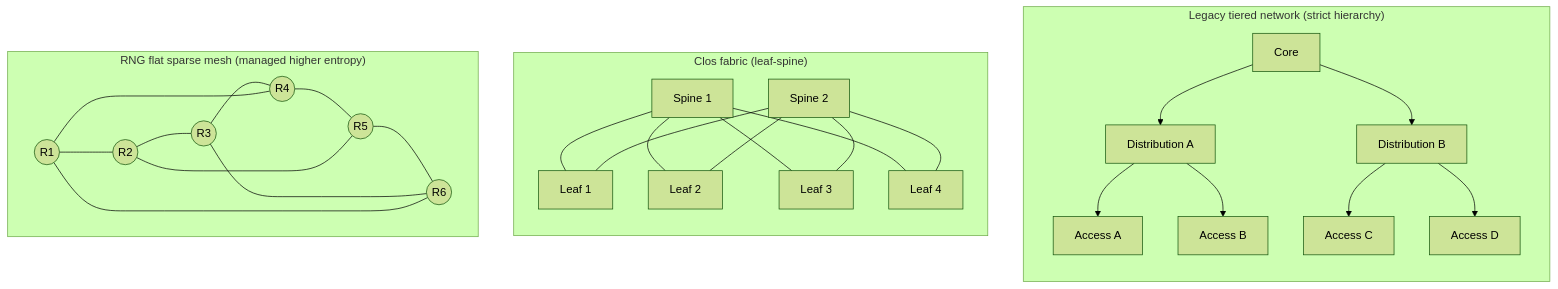
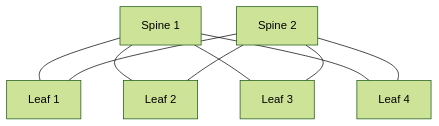
The second of 3 diagrams in blog/aws-random-graph-fabrics.md (simonpainter/www.simonpainter.com), drawn with Mermaid (forest theme) before and after one commit. The commit also changed other lines of this file, not shown here.

Commit message:
Split topology visuals into three diagrams

````diff
--- a/blog/aws-random-graph-fabrics.md
+++ b/blog/aws-random-graph-fabrics.md
@@ -66,50 +87,17 @@
 ```mermaid
 flowchart TB
-    subgraph L["Legacy tiered network (strict hierarchy)"]
-        direction TB
-        L1[Core]
-        L2a[Distribution A]
-        L2b[Distribution B]
-        L3a[Access A]
-        L3b[Access B]
-        L3c[Access C]
-        L3d[Access D]
-        L1 --> L2a
-        L1 --> L2b
-        L2a --> L3a
-        L2a --> L3b
-        L2b --> L3c
-        L2b --> L3d
-    end
-
-    subgraph C["Clos fabric (leaf-spine)"]
-        direction TB
-        C1a[Spine 1]
-        C1b[Spine 2]
-        C2a[Leaf 1]
-        C2b[Leaf 2]
-        C2c[Leaf 3]
-        C2d[Leaf 4]
-        C1a --- C2a
-        C1a --- C2b
-        C1a --- C2c
-        C1a --- C2d
-        C1b --- C2a
-        C1b --- C2b
-        C1b --- C2c
-        C1b --- C2d
-    end
-
-    subgraph R["RNG flat sparse mesh (managed higher entropy)"]
-        direction LR
-        R1((R1)) --- R2((R2))
-        R2 --- R3((R3))
-        R3 --- R4((R4))
-        R4 --- R5((R5))
-        R5 --- R6((R6))
-        R6 --- R1
-        R1 --- R4
-        R2 --- R5
-        R3 --- R6
-    end
+    C1a[Spine 1]
+    C1b[Spine 2]
+    C2a[Leaf 1]
+    C2b[Leaf 2]
+    C2c[Leaf 3]
+    C2d[Leaf 4]
+    C1a --- C2a
+    C1a --- C2b
+    C1a --- C2c
+    C1a --- C2d
+    C1b --- C2a
+    C1b --- C2b
+    C1b --- C2c
+    C1b --- C2d
 ```
````
